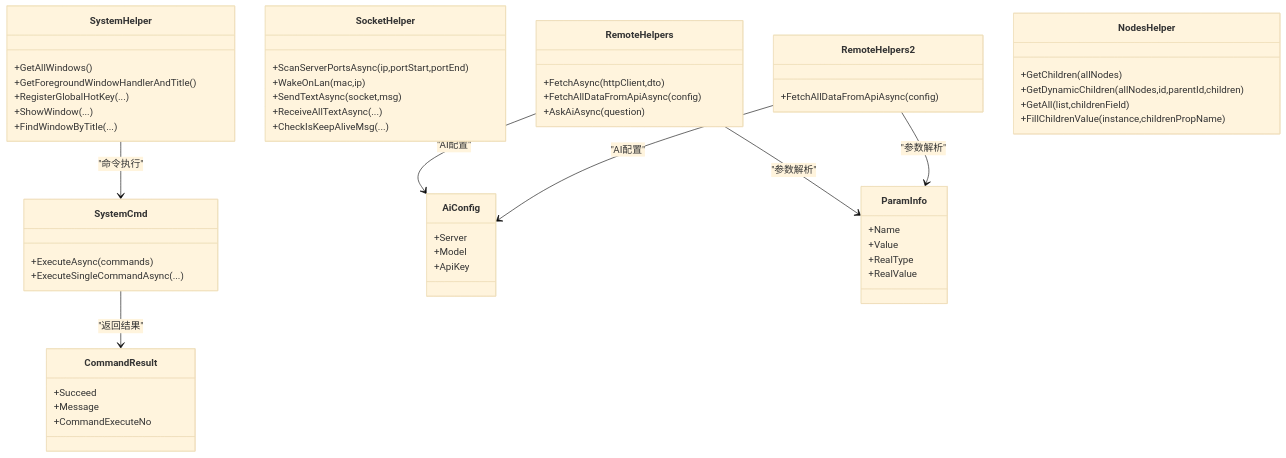
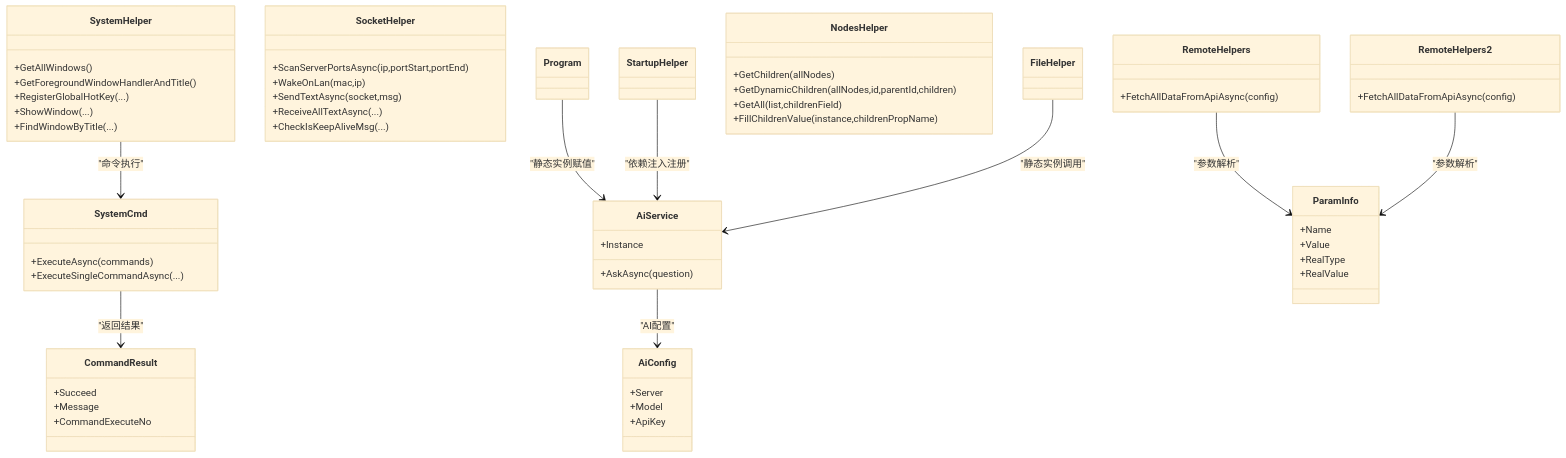
The second of 10 diagrams in .qoder/repowiki/zh/content/工具库详解/系统和网络助手.md (Sosososolong/AirGo), drawn with Mermaid (base theme) before and after one commit. The commit also changed other lines of this file and 12 other files, not shown here.

````diff
--- a/.qoder/repowiki/zh/content/工具库详解/系统和网络助手.md
+++ b/.qoder/repowiki/zh/content/工具库详解/系统和网络助手.md
@@ -131,57 +160,61 @@
 ```mermaid
 classDiagram
 class SystemHelper {
 +GetAllWindows()
 +GetForegroundWindowHandlerAndTitle()
 +RegisterGlobalHotKey(...)
 +ShowWindow(...)
 +FindWindowByTitle(...)
 }
 class SocketHelper {
 +ScanServerPortsAsync(ip,portStart,portEnd)
 +WakeOnLan(mac,ip)
 +SendTextAsync(socket,msg)
 +ReceiveAllTextAsync(...)
 +CheckIsKeepAliveMsg(...)
 }
 class RemoteHelpers {
-+FetchAsync(httpClient,dto)
 +FetchAllDataFromApiAsync(config)
-+AskAiAsync(question)
 }
 class RemoteHelpers2 {
 +FetchAllDataFromApiAsync(config)
 }
 class NodesHelper {
 +GetChildren(allNodes)
 +GetDynamicChildren(allNodes,id,parentId,children)
 +GetAll(list,childrenField)
 +FillChildrenValue(instance,childrenPropName)
+}
+class AiService {
++AskAsync(question)
++Instance
 }
 class SystemCmd {
 +ExecuteAsync(commands)
 +ExecuteSingleCommandAsync(...)
 }
 class CommandResult {
 +Succeed
 +Message
 +CommandExecuteNo
 }
 class AiConfig {
 +Server
 +Model
 +ApiKey
 }
 class ParamInfo {
 +Name
 +Value
 +RealType
 +RealValue
 }
 SystemHelper --> SystemCmd : "命令执行"
 SystemCmd --> CommandResult : "返回结果"
-RemoteHelpers --> AiConfig : "AI配置"
-RemoteHelpers2 --> AiConfig : "AI配置"
+AiService --> AiConfig : "AI配置"
 RemoteHelpers --> ParamInfo : "参数解析"
 RemoteHelpers2 --> ParamInfo : "参数解析"
+Program --> AiService : "静态实例赋值"
+StartupHelper --> AiService : "依赖注入注册"
+FileHelper --> AiService : "静态实例调用"
 ```
````
